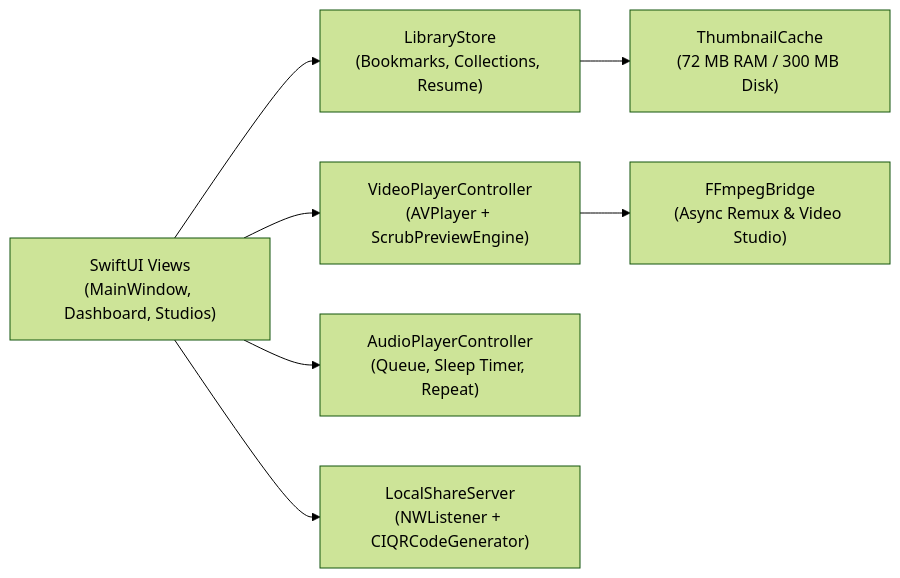
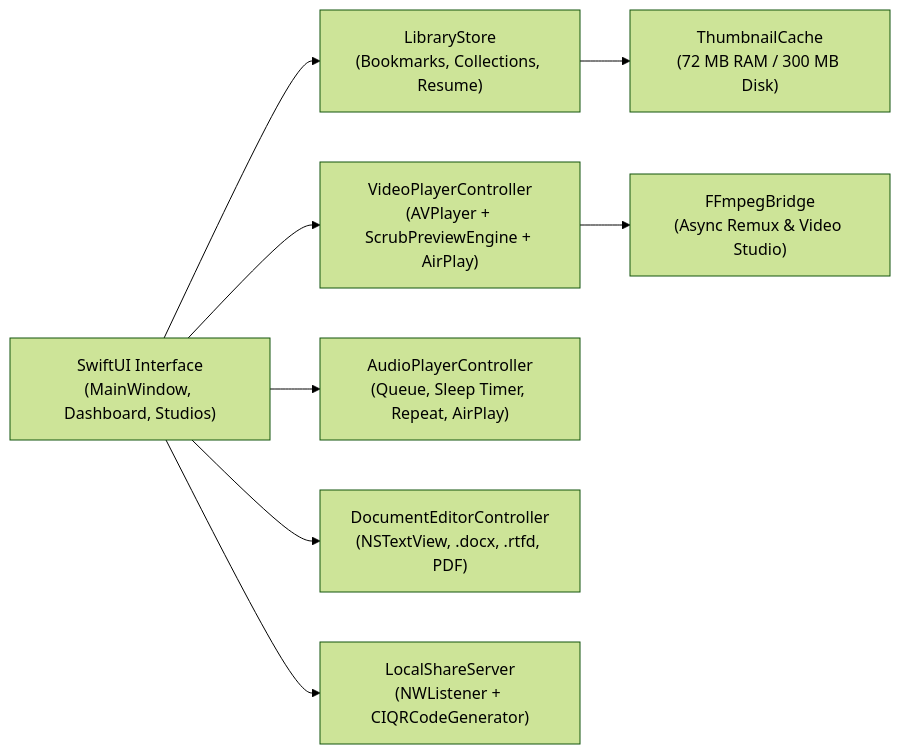
The diagram in README.md (satyamranatc/ChronoStream), drawn with Mermaid (forest theme) before and after one commit. The commit also changed other lines of this file and 6 other files, not shown here.

````diff
--- a/README.md
+++ b/README.md
@@ -28,9 +75,10 @@
 ```mermaid
 flowchart LR
-    UI["SwiftUI Views\n(MainWindow, Dashboard, Studios)"] --> Store["LibraryStore\n(Bookmarks, Collections, Resume)"]
-    UI --> Video["VideoPlayerController\n(AVPlayer + ScrubPreviewEngine)"]
-    UI --> Audio["AudioPlayerController\n(Queue, Sleep Timer, Repeat)"]
+    UI["SwiftUI Interface\n(MainWindow, Dashboard, Studios)"] --> Store["LibraryStore\n(Bookmarks, Collections, Resume)"]
+    UI --> Video["VideoPlayerController\n(AVPlayer + ScrubPreviewEngine + AirPlay)"]
+    UI --> Audio["AudioPlayerController\n(Queue, Sleep Timer, Repeat, AirPlay)"]
+    UI --> Docs["DocumentEditorController\n(NSTextView, .docx, .rtfd, PDF)"]
     UI --> Share["LocalShareServer\n(NWListener + CIQRCodeGenerator)"]
     Video --> FFmpeg["FFmpegBridge\n(Async Remux & Video Studio)"]
     Store --> Cache["ThumbnailCache\n(72 MB RAM / 300 MB Disk)"]
 ```
````
